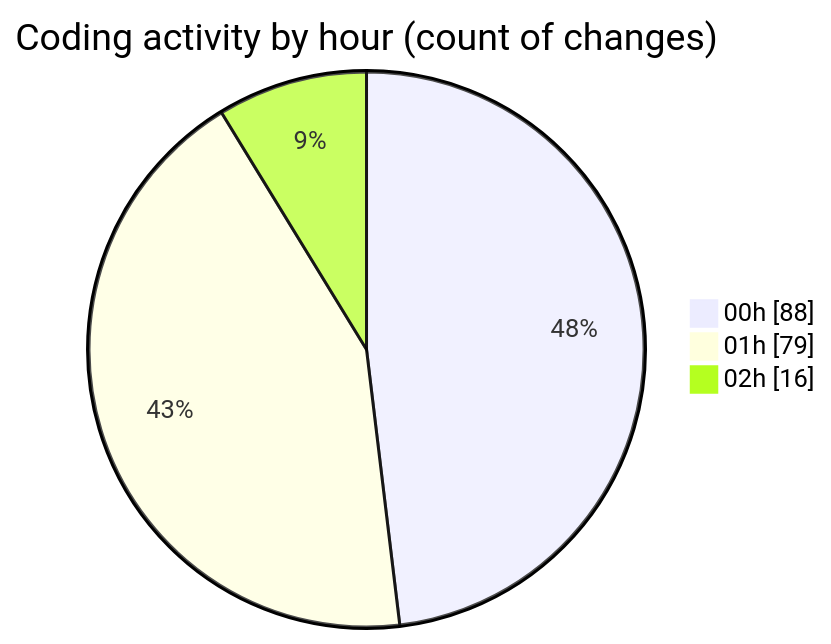
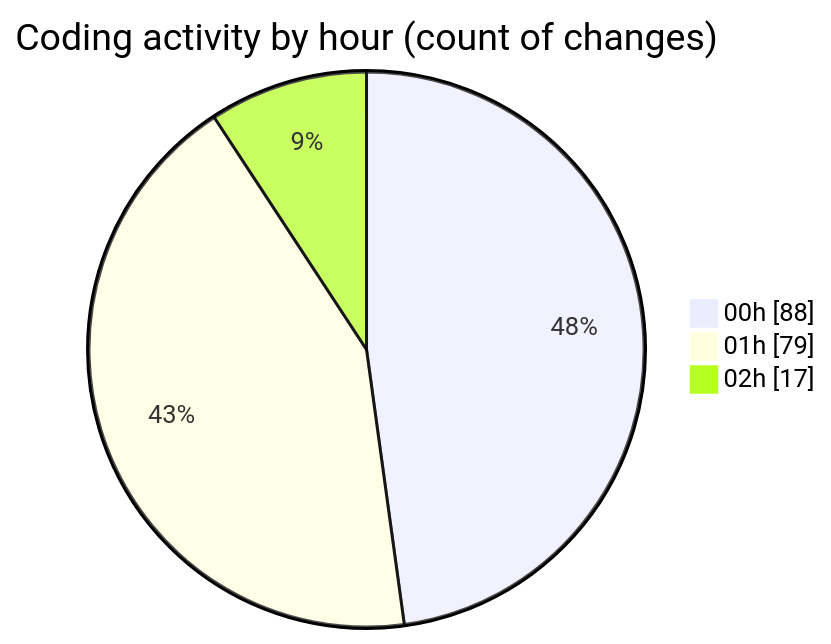
One commit to lephambinh05/code-tracking changed the second of 2 diagrams in 2025-08-16/rentotp/README.md. Above: the diagram before and after it, drawn with Mermaid. The commit also changed other lines of this file and 1 other file, not shown here.

````diff
--- a/2025-08-16/rentotp/README.md
+++ b/2025-08-16/rentotp/README.md
@@ -48,7 +48,7 @@
 ```mermaid
 pie showData
 title Coding activity by hour (count of changes)
 "00h" : 88
 "01h" : 79
-"02h" : 16
+"02h" : 17
 ```
````
